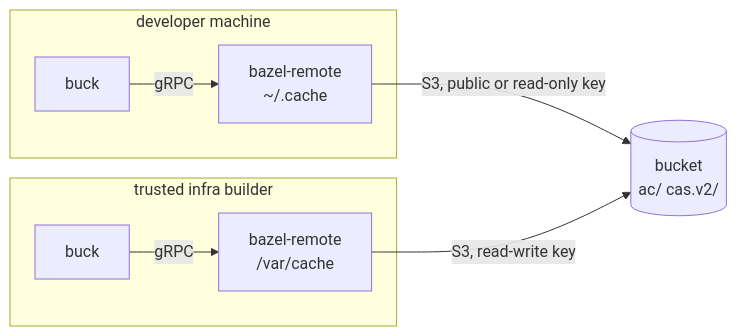
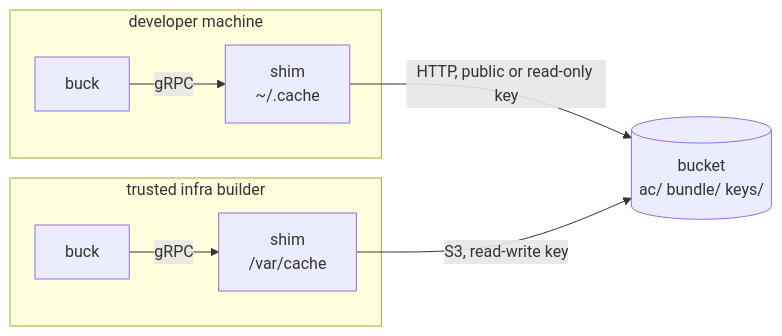
Before and after one commit to amutable-systems/tine: the diagram in docs/remote-cache.md, drawn with Mermaid. The commit also changed other lines of this file and 15 other files, not shown here.

First line of the commit message:
tine: start and share the cache shim

````diff
--- a/docs/remote-cache.md
+++ b/docs/remote-cache.md
@@ -14,12 +16,12 @@
 ```mermaid
 flowchart LR
     subgraph dev["developer machine"]
-        dev_buck[buck] -->|gRPC| dev_shim["bazel-remote<br>~/.cache"]
+        dev_buck[buck] -->|gRPC| dev_shim["shim<br>~/.cache"]
     end
     subgraph runner["trusted infra builder"]
-        run_buck[buck] -->|gRPC| run_shim["bazel-remote<br>/var/cache"]
+        run_buck[buck] -->|gRPC| run_shim["shim<br>/var/cache"]
     end
-    bucket[("bucket<br>ac/ cas.v2/")]
-    dev_shim -->|"S3, public or read-only key"| bucket
+    bucket[("bucket<br>ac/ bundle/ keys/")]
+    dev_shim -->|"HTTP, public or read-only key"| bucket
     run_shim -->|"S3, read-write key"| bucket
 ```
````
